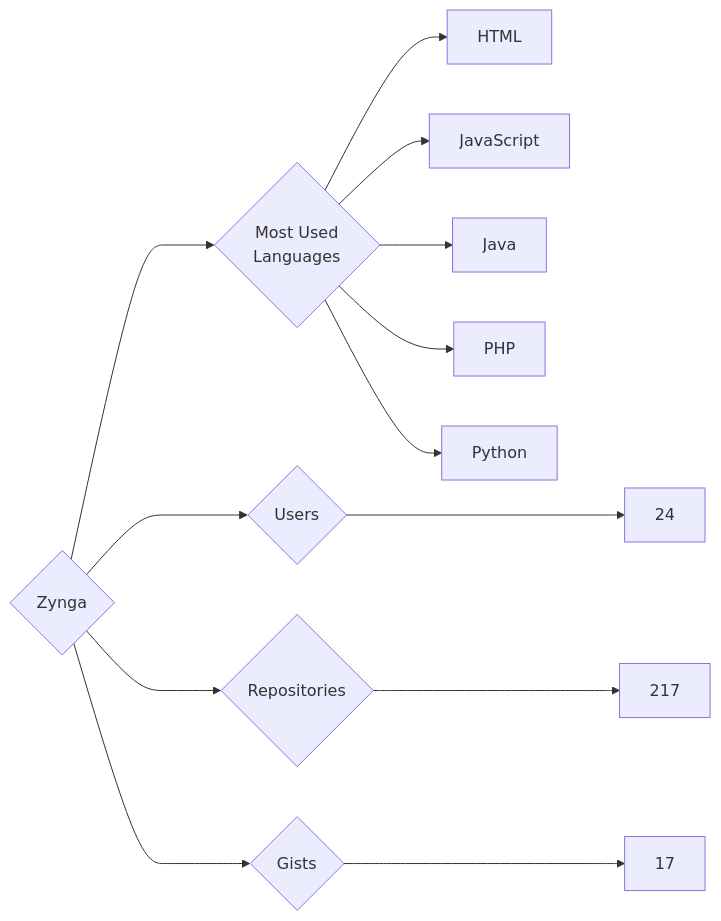
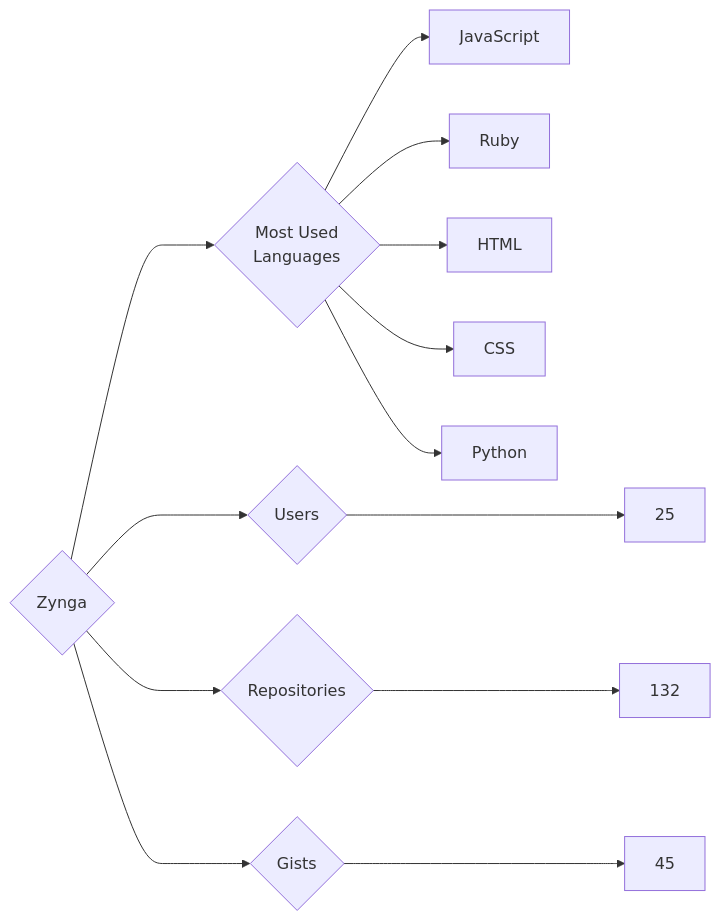
One commit to trickest/insiders changed the diagram in targets/Zynga/README.md. Above: the diagram before and after it, drawn with Mermaid. The commit also changed 948 other files, not shown here.

````diff
--- a/targets/Zynga/README.md
+++ b/targets/Zynga/README.md
@@ -3,13 +3,13 @@
 ```mermaid
 graph LR
 COMPANY_NAME{Zynga}
-COMPANY_NAME ---> U{Users} ---> UN[24]
-COMPANY_NAME ---> R{Repositories} ---> RN[217]
-COMPANY_NAME ---> G{Gists} ---> GN[17]
+COMPANY_NAME ---> U{Users} ---> UN[25]
+COMPANY_NAME ---> R{Repositories} ---> RN[132]
+COMPANY_NAME ---> G{Gists} ---> GN[45]
 COMPANY_NAME ---> ML{Most Used<br>Languages}
+ML --> JavaScript[JavaScript]
+ML --> Ruby[Ruby]
 ML --> HTML[HTML]
-ML --> JavaScript[JavaScript]
-ML --> Java[Java]
-ML --> PHP[PHP]
+ML --> CSS[CSS]
 ML --> Python[Python]
 ```
````
